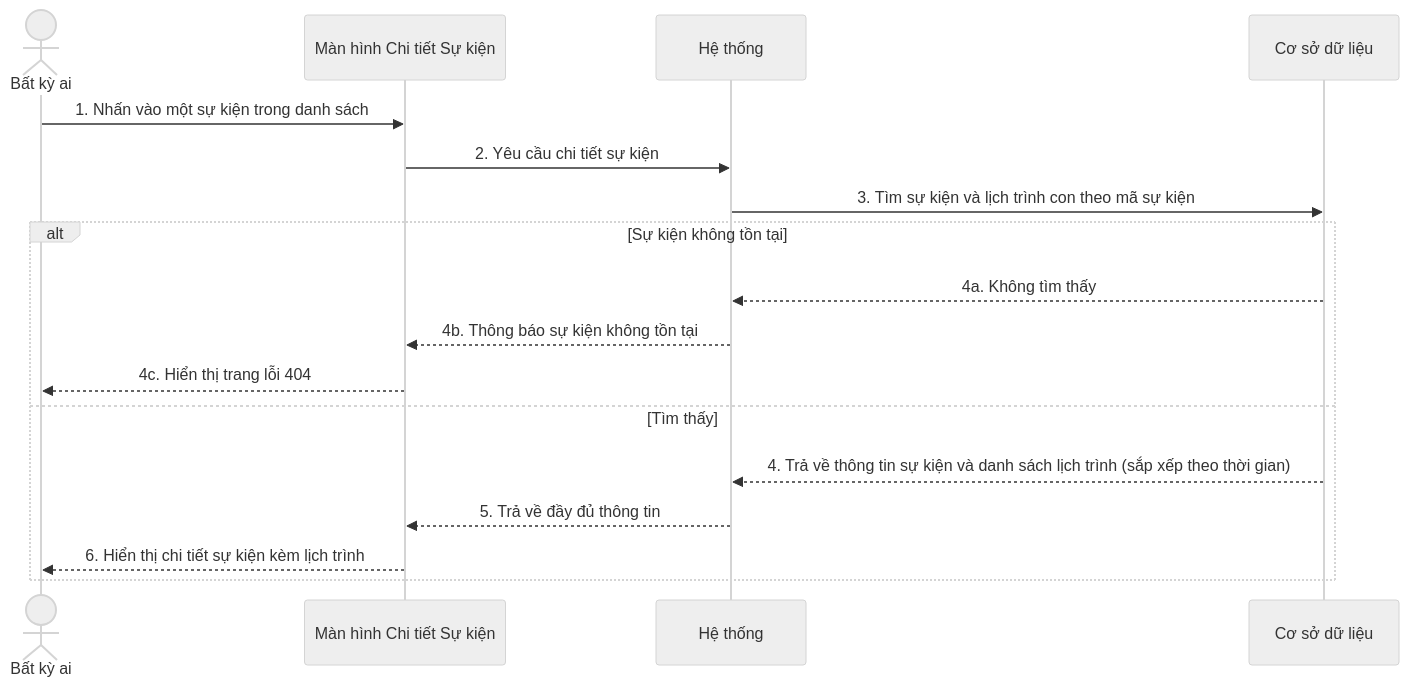
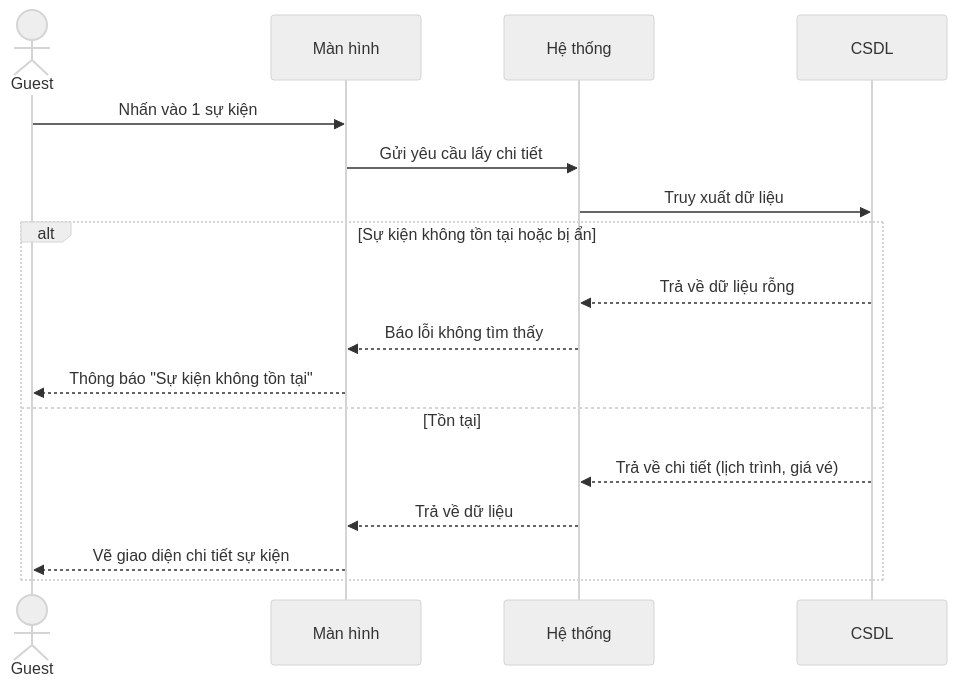
One commit to ChuDucAnh21/BE-quan-ly-su-kien changed the sixth of 6 diagrams in doc/system_analysis/sequence diagram/05b_sequence_admin_event_staff.md. Above: the diagram before and after it, drawn with Mermaid (neutral theme). The commit also changed other lines of this file and 14 other files, not shown here.

````diff
--- a/doc/system_analysis/sequence diagram/05b_sequence_admin_event_staff.md
+++ b/doc/system_analysis/sequence diagram/05b_sequence_admin_event_staff.md
@@ -182,20 +127,20 @@
 ```mermaid
 sequenceDiagram
-    actor Anyone as Bất kỳ ai
-    participant UI as Màn hình Chi tiết Sự kiện
-    participant HT as Hệ thống
-    participant DB as Cơ sở dữ liệu
+    actor Guest
+    participant Màn hình
+    participant Hệ thống
+    participant CSDL
 
-    Anyone->>UI: 1. Nhấn vào một sự kiện trong danh sách
-    UI->>HT: 2. Yêu cầu chi tiết sự kiện
-    HT->>DB: 3. Tìm sự kiện và lịch trình con theo mã sự kiện
-    alt Sự kiện không tồn tại
-        DB-->>HT: 4a. Không tìm thấy
-        HT-->>UI: 4b. Thông báo sự kiện không tồn tại
-        UI-->>Anyone: 4c. Hiển thị trang lỗi 404
-    else Tìm thấy
-        DB-->>HT: 4. Trả về thông tin sự kiện và danh sách lịch trình (sắp xếp theo thời gian)
-        HT-->>UI: 5. Trả về đầy đủ thông tin
-        UI-->>Anyone: 6. Hiển thị chi tiết sự kiện kèm lịch trình
+    Guest->>Màn hình: Nhấn vào 1 sự kiện
+    Màn hình->>Hệ thống: Gửi yêu cầu lấy chi tiết
+    Hệ thống->>CSDL: Truy xuất dữ liệu
+    alt Sự kiện không tồn tại hoặc bị ẩn
+        CSDL-->>Hệ thống: Trả về dữ liệu rỗng
+        Hệ thống-->>Màn hình: Báo lỗi không tìm thấy
+        Màn hình-->>Guest: Thông báo "Sự kiện không tồn tại"
+    else Tồn tại
+        CSDL-->>Hệ thống: Trả về chi tiết (lịch trình, giá vé)
+        Hệ thống-->>Màn hình: Trả về dữ liệu
+        Màn hình-->>Guest: Vẽ giao diện chi tiết sự kiện
     end
 ```
````
